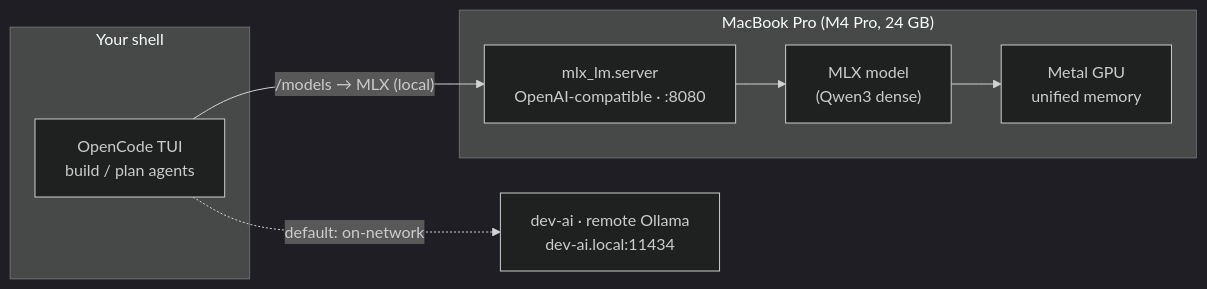
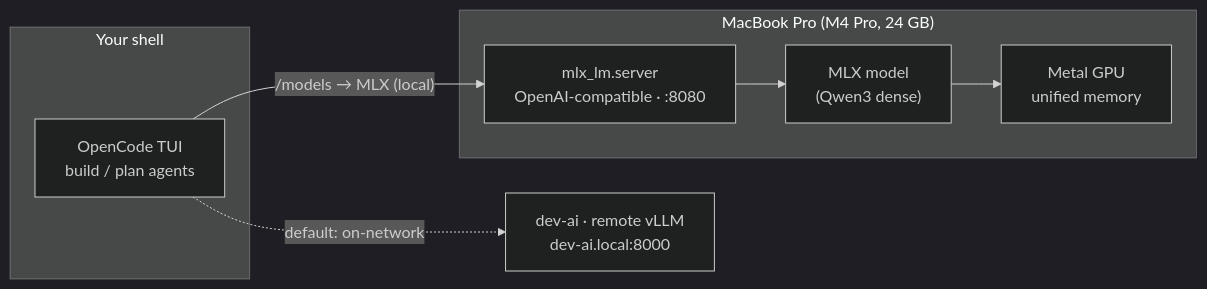
One commit to scottrfrancis/dot-opencode changed the diagram in guides/mac-mlx-opencode.md. Above: the diagram before and after it, drawn with Mermaid (dark theme). The commit also changed other lines of this file and 3 other files, not shown here.

First line of the commit message:
fix(provider): point dev-ai at vLLM on :8000

````diff
--- a/guides/mac-mlx-opencode.md
+++ b/guides/mac-mlx-opencode.md
@@ -45,15 +45,15 @@
 ```mermaid
 flowchart LR
   subgraph dev["Your shell"]
     OC["OpenCode TUI<br/>build / plan agents"]
   end
   subgraph mac["MacBook Pro (M4 Pro, 24 GB)"]
     SRV["mlx_lm.server<br/>OpenAI-compatible · :8080"]
     MDL["MLX model<br/>(Qwen3 dense)"]
     GPU["Metal GPU<br/>unified memory"]
     SRV --> MDL --> GPU
   end
-  REM["dev-ai · remote Ollama<br/>dev-ai.local:11434"]
+  REM["dev-ai · remote vLLM<br/>dev-ai.local:8000"]
   OC -->|"/models → MLX (local)"| SRV
   OC -.->|"default: on-network"| REM
 ```
````
